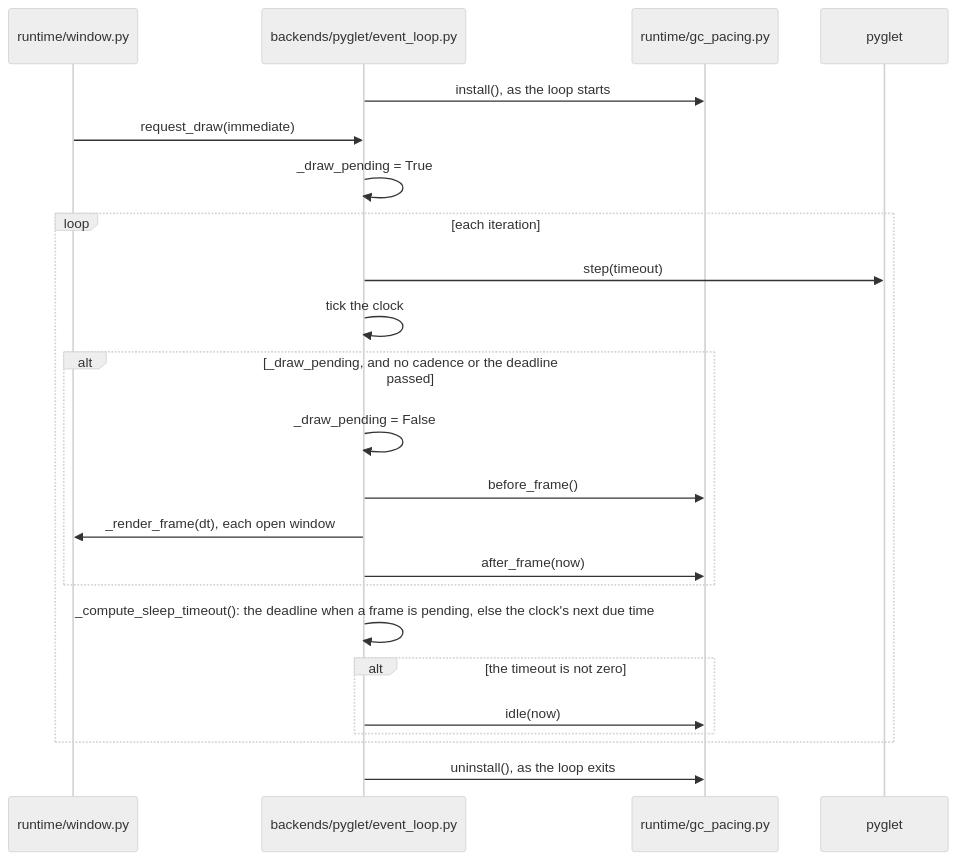
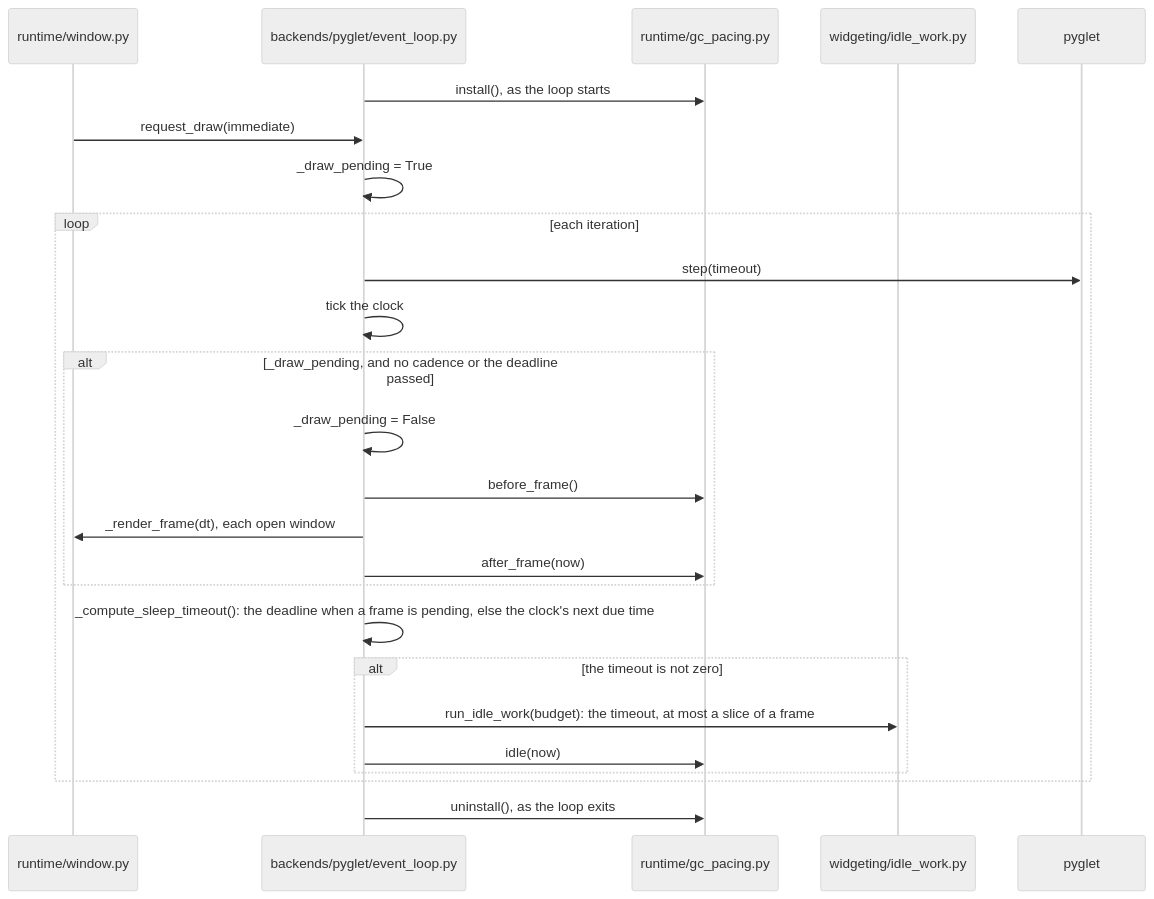
One commit to yuksblog/nuiitivet changed the third of 8 diagrams in docs/design/RENDERING_PIPELINE.md. Above: the diagram before and after it, drawn with Mermaid (neutral theme). The commit also changed other lines of this file and 16 other files, not shown here.

````diff
--- a/docs/design/RENDERING_PIPELINE.md
+++ b/docs/design/RENDERING_PIPELINE.md
@@ -89,26 +92,28 @@
 ```mermaid
 sequenceDiagram
     participant W as runtime/window.py
     participant L as backends/pyglet/event_loop.py
     participant G as runtime/gc_pacing.py
+    participant I as widgeting/idle_work.py
     participant P as pyglet
 
     L->>G: install(), as the loop starts
     W->>L: request_draw(immediate)
     L->>L: _draw_pending = True
     loop each iteration
         L->>P: step(timeout)
         L->>L: tick the clock
         alt _draw_pending, and no cadence or the deadline passed
             L->>L: _draw_pending = False
             L->>G: before_frame()
             L->>W: _render_frame(dt), each open window
             L->>G: after_frame(now)
         end
         L->>L: _compute_sleep_timeout(): the deadline when a frame is pending, else the clock's next due time
         alt the timeout is not zero
+            L->>I: run_idle_work(budget): the timeout, at most a slice of a frame
             L->>G: idle(now)
         end
     end
     L->>G: uninstall(), as the loop exits
 ```
````
